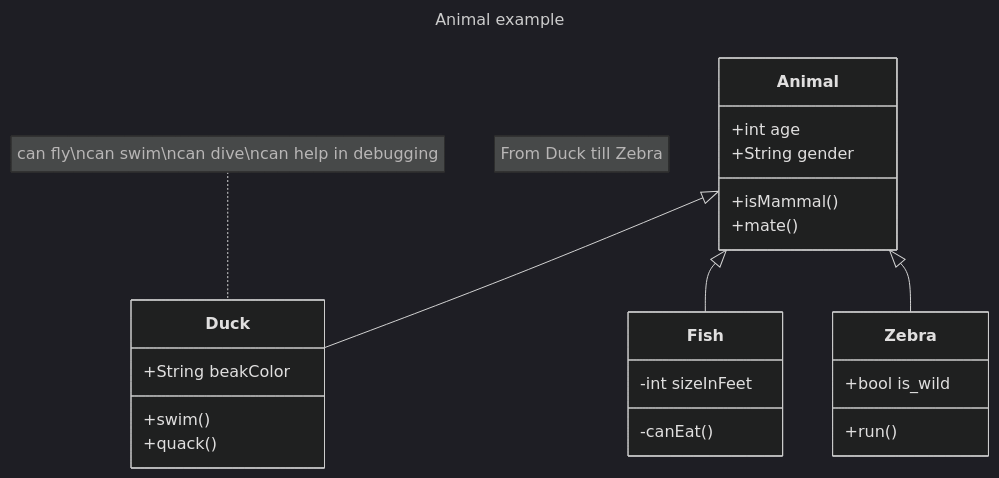
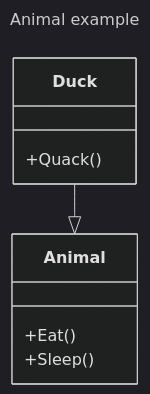
The diagram in install/man/markdown/languages/mermaid/mermaid-class.md (robenkleene/Dotfiles), drawn with Mermaid (dark theme) before and after one commit. The commit also changed other lines of this file, not shown here.

Commit message:
Work on class diagram

````diff
--- a/install/man/markdown/languages/mermaid/mermaid-class.md
+++ b/install/man/markdown/languages/mermaid/mermaid-class.md
@@ -1,28 +5,16 @@
 ``` mermaid
 ---
 title: Animal example
 ---
 classDiagram
-    note "From Duck till Zebra"
-    Animal <|-- Duck
-    note for Duck "can fly\ncan swim\ncan dive\ncan help in debugging"
-    Animal <|-- Fish
-    Animal <|-- Zebra
-    Animal : +int age
-    Animal : +String gender
-    Animal: +isMammal()
-    Animal: +mate()
-    class Duck{
-        +String beakColor
-        +swim()
-        +quack()
+    class Animal {
+        +Eat()
+        +Sleep()
     }
-    class Fish{
-        -int sizeInFeet
-        -canEat()
+
+    class Duck {
+        +Quack()
     }
-    class Zebra{
-        +bool is_wild
-        +run()
-    }
+
+    Duck --|> Animal
 ```
````
